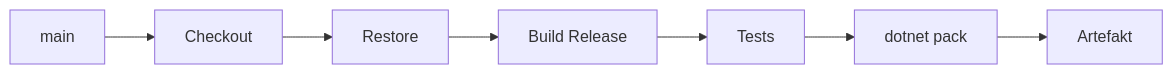
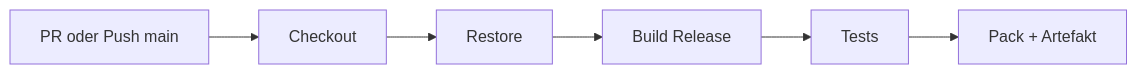
One commit to SOWIinformatik/sowi-vcard changed the sixth of 8 diagrams in docs/SOWI.vCard.CICD.md. Above: the diagram before and after it, drawn with Mermaid. The commit also changed other lines of this file and 2 other files, not shown here.

````diff
--- a/docs/SOWI.vCard.CICD.md
+++ b/docs/SOWI.vCard.CICD.md
@@ -529,17 +512,15 @@
 ```mermaid
 flowchart LR
-    MAIN[main]
+    TRIGGER[PR oder Push main]
     CHECKOUT[Checkout]
     RESTORE[Restore]
     BUILD[Build Release]
     TEST[Tests]
-    PACK[dotnet pack]
-    ART[Artefakt]
+    PACK[Pack + Artefakt]
 
-    MAIN --> CHECKOUT
+    TRIGGER --> CHECKOUT
     CHECKOUT --> RESTORE
     RESTORE --> BUILD
     BUILD --> TEST
     TEST --> PACK
-    PACK --> ART
 ```
````
